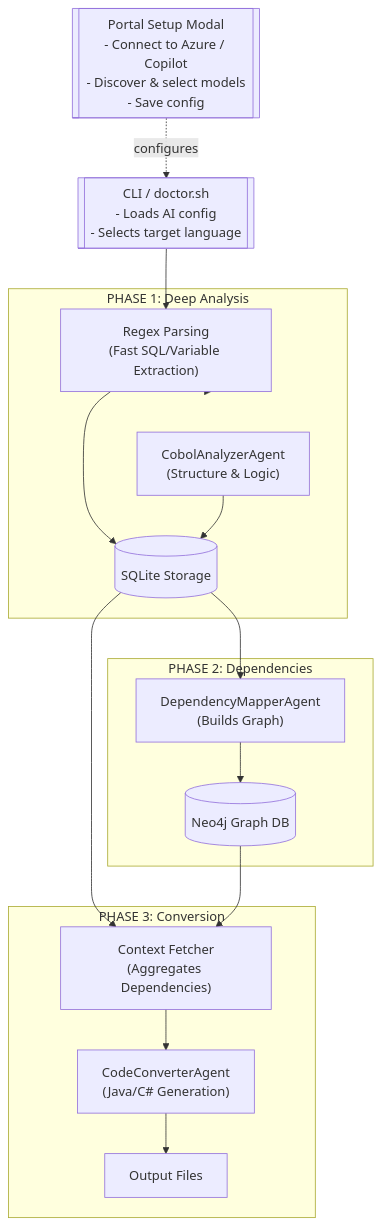
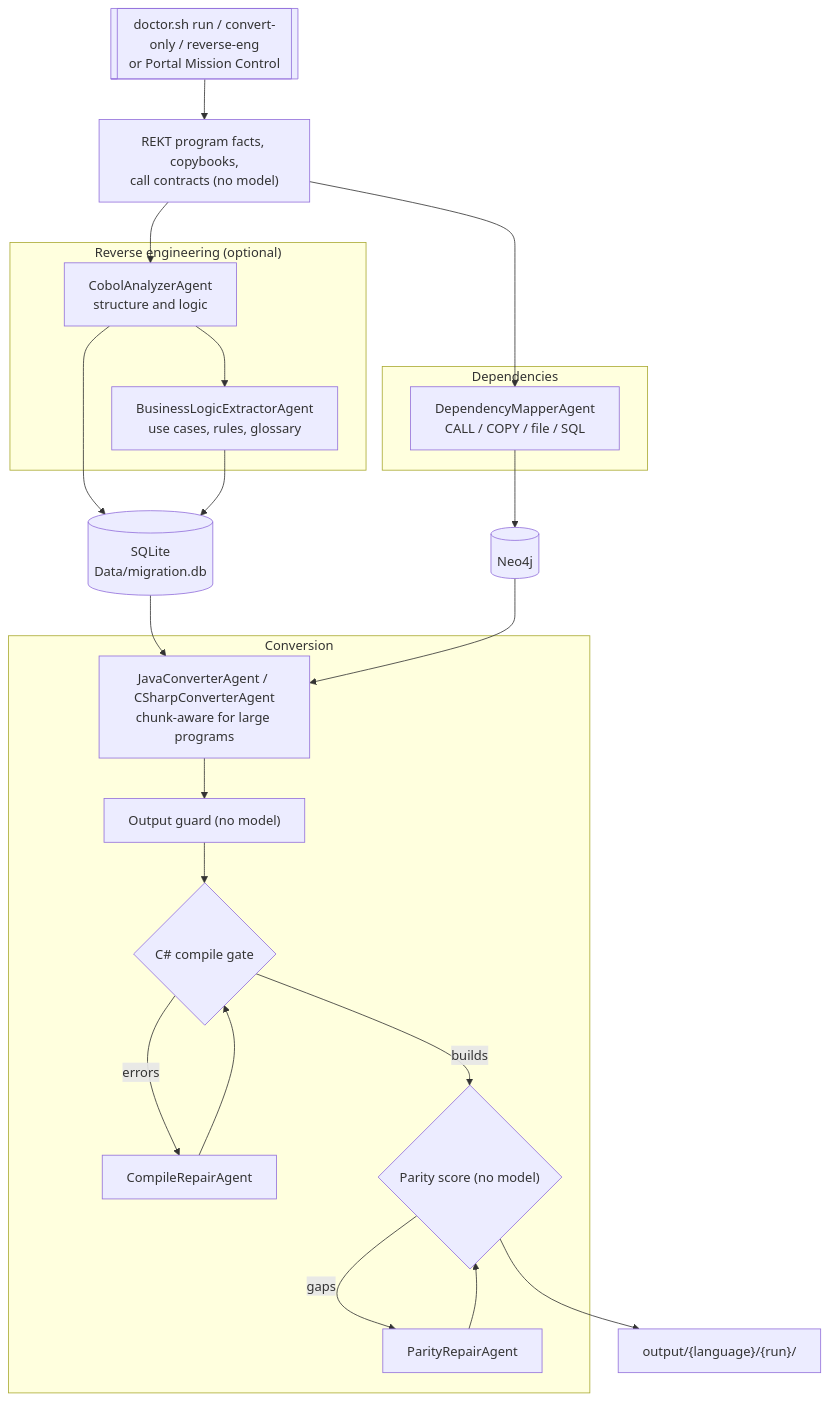
The eighth of 10 diagrams in README.md (Azure-Samples/Legacy-Modernization-Agents), drawn with Mermaid before and after one commit. The commit also changed other lines of this file and 5 other files, not shown here.

````diff
--- a/README.md
+++ b/README.md
@@ -1333,37 +1362,39 @@
 ```mermaid
 flowchart TD
-  CLI[["CLI / doctor.sh\n- Loads AI config\n- Selects target language"]]
-  PORTAL_SETUP[["Portal Setup Modal\n- Connect to Azure / Copilot\n- Discover & select models\n- Save config"]]
-  
-  subgraph ANALYZE_PHASE["PHASE 1: Deep Analysis"]
-      REGEX["Regex Parsing\n(Fast SQL/Variable Extraction)"]
-      ANALYZER["CobolAnalyzerAgent\n(Structure & Logic)"]
-      SQLITE[("SQLite Storage")]
-  end
-  
-  subgraph DEPENDENCY_PHASE["PHASE 2: Dependencies"]
-      MAPPER["DependencyMapperAgent\n(Builds Graph)"]
-      NEO4J[("Neo4j Graph DB")]
-  end
-  
-  subgraph CONVERT_PHASE["PHASE 3: Conversion"]
-      FETCHER["Context Fetcher\n(Aggregates Dependencies)"]
-      CONVERTER["CodeConverterAgent\n(Java/C# Generation)"]
-      OUTPUT["Output Files"]
+  CLI[["doctor.sh run / convert-only / reverse-eng<br/>or Portal Mission Control"]]
+  FACTS["REKT program facts, copybooks,<br/>call contracts (no model)"]
+
+  subgraph RE_PHASE["Reverse engineering (optional)"]
+      ANALYZER["CobolAnalyzerAgent<br/>structure and logic"]
+      BIZ["BusinessLogicExtractorAgent<br/>use cases, rules, glossary"]
   end
 
-  CLI --> REGEX
-  PORTAL_SETUP -.->|configures| CLI
-  REGEX --> SQLITE
-  REGEX --> ANALYZE_PHASE
-  
+  subgraph DEP_PHASE["Dependencies"]
+      MAPPER["DependencyMapperAgent<br/>CALL / COPY / file / SQL"]
+  end
+
+  subgraph CONVERT_PHASE["Conversion"]
+      CONVERTER["JavaConverterAgent / CSharpConverterAgent<br/>chunk-aware for large programs"]
+      OGUARD["Output guard (no model)"]
+      CGATE{"C# compile gate"}
+      CREPAIR["CompileRepairAgent"]
+      PSCORE{"Parity score (no model)"}
+      PREPAIR["ParityRepairAgent"]
+  end
+
+  SQLITE[("SQLite<br/>Data/migration.db")]
+  NEO4J[("Neo4j")]
+  OUT["output/{language}/{run}/"]
+
+  CLI --> FACTS --> ANALYZER --> BIZ
   ANALYZER --> SQLITE
-  
-  SQLITE --> MAPPER
-  MAPPER --> NEO4J
-  
-  SQLITE --> FETCHER
-  NEO4J --> FETCHER
-  FETCHER --> CONVERTER
-  CONVERTER --> OUTPUT
+  BIZ --> SQLITE
+  FACTS --> MAPPER --> NEO4J
+  SQLITE --> CONVERTER
+  NEO4J --> CONVERTER
+  CONVERTER --> OGUARD --> CGATE
+  CGATE -->|errors| CREPAIR --> CGATE
+  CGATE -->|builds| PSCORE
+  PSCORE -->|gaps| PREPAIR --> PSCORE
+  PSCORE --> OUT
 ```
````
